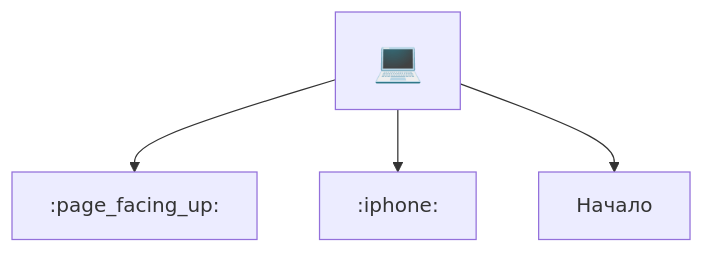
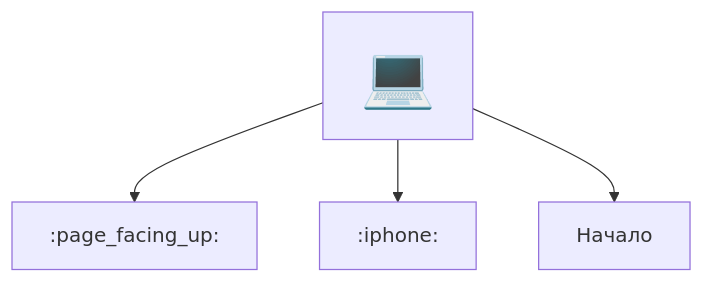
Before and after one commit to BlockchainCommons/SmartCustody: the first of 16 diagrams in Docs/Scenario-Multisig.md, drawn with Mermaid.

````diff
--- a/Docs/Scenario-Multisig.md
+++ b/Docs/Scenario-Multisig.md
@@ -18,10 +18,10 @@
 ```mermaid
     graph TD;
-    A["<font size=6>💻"]
+    A["<font size=20>💻"]
     B[:page_facing_up:]
     C[:iphone:]
     D[Начало]
     A-->B;
     A-->C;
     A-->D;
 ```
````
